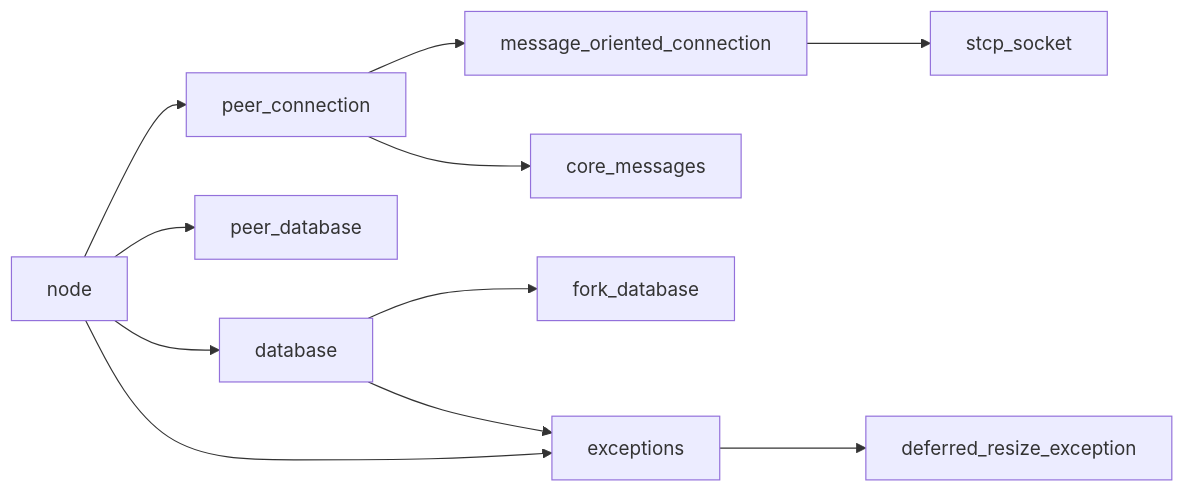
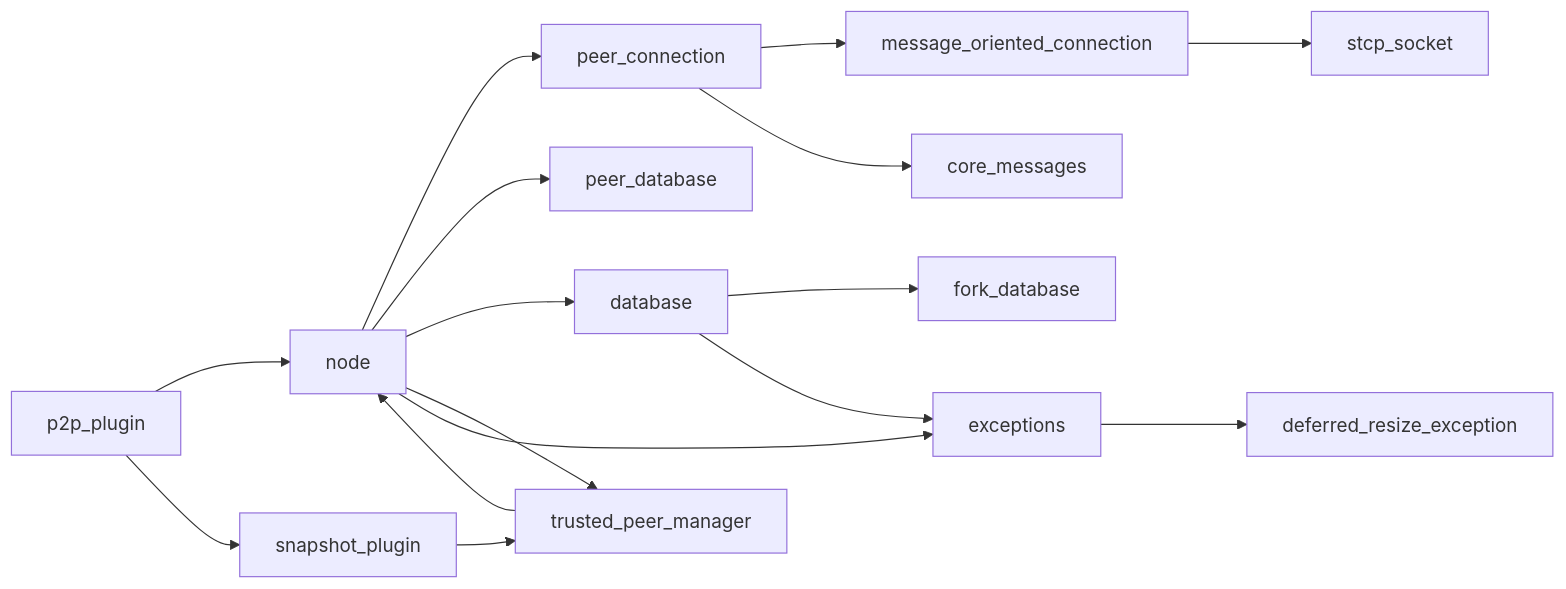
Diagram 12 of 12 in .qoder/repowiki/en/content/Architecture Overview/Core Libraries/Network Library/Peer Connection Management.md (VIZ-Blockchain/viz-cpp-node), drawn with Mermaid before and after one commit. The commit also changed other lines of this file and 5 other files, not shown here.

````diff
--- a/.qoder/repowiki/en/content/Architecture Overview/Core Libraries/Network Library/Peer Connection Management.md
+++ b/.qoder/repowiki/en/content/Architecture Overview/Core Libraries/Network Library/Peer Connection Management.md
@@ -554,13 +660,18 @@
 ```mermaid
 graph LR
 PC["peer_connection"] --> MOC["message_oriented_connection"]
 MOC --> STCP["stcp_socket"]
 PC --> CM["core_messages"]
 N["node"] --> PC
 N --> PD["peer_database"]
 N --> DB["database"]
+N --> TP["trusted_peer_manager"]
+P2P["p2p_plugin"] --> N
+P2P --> SNAP["snapshot_plugin"]
+SNAP --> TP
 DB --> FD["fork_database"]
 DB --> EX["exceptions"]
 N --> EX
 EX --> DR["deferred_resize_exception"]
+TP --> N
 ```
````
